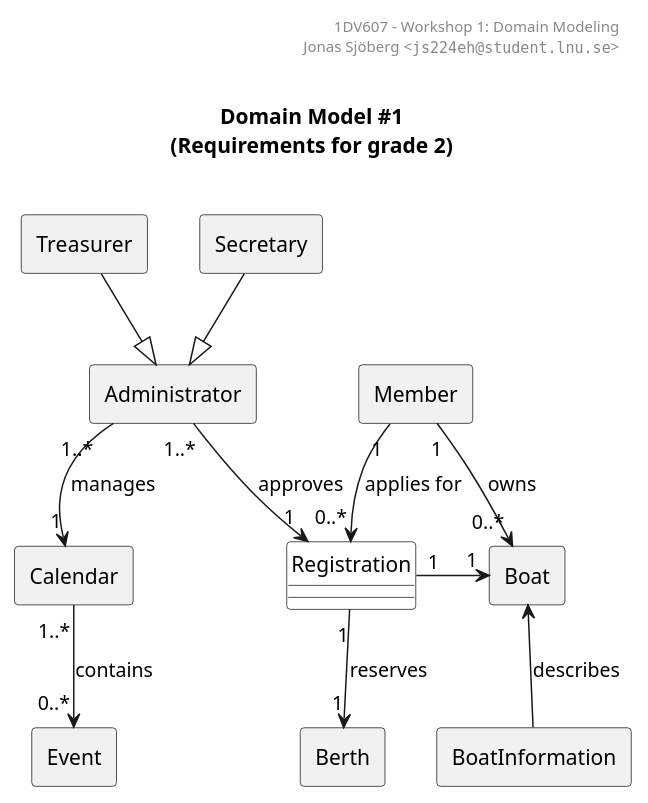
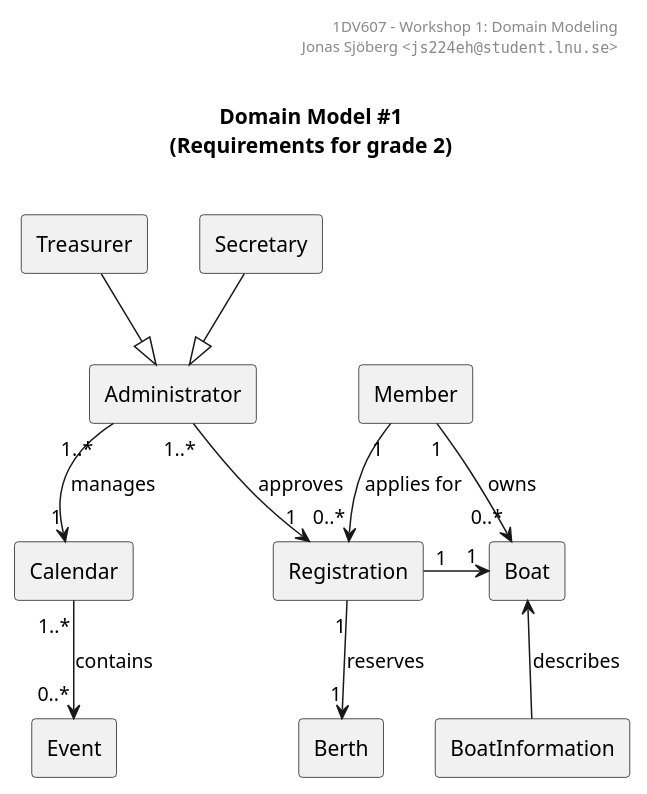
Before and after one commit to jonasjberg/1dv607_workshop1: the diagram in workshop1/uml/domain-model_1.puml, drawn with PlantUML. The commit also changed 6 other files, not shown here.

```diff
--- a/workshop1/uml/domain-model_1.puml
+++ b/workshop1/uml/domain-model_1.puml
@@ -11,53 +11,53 @@
 @startuml
 ' ______________________________________________________________________________
 ' ____ CONFIGURATION OPTIONS ___________________________________________________
 ' debug flag creates a 'svek.dot' and 'svek.svg' file in ~/
 ' !pragma svek_trace on
 allow_mixing
 
 skinparam {
     monochrome true
     'backgroundColor transparent
     classBackgroundColor transparent
     style strictuml
 }
 
 ' ______________________________________________________________________________
 ' ____ USECASE DIAGRAM _________________________________________________________
 
 header
 1DV607 - Workshop 1: Domain Modeling
 Jonas Sjöberg <""js224eh@student.lnu.se"">
 end header
 
 title \nDomain Model #1\n(Requirements for grade 2)\n
 
 agent Administrator
 agent Member
 agent Treasurer
 agent Secretary
 
 agent Berth
 agent Boat
 agent BoatInformation
 agent Calendar
 agent Event
-class Registration
+agent Registration
 
 Treasurer --|> Administrator
 Secretary --|> Administrator
 
 Administrator "1..*" --> "1" Registration : approves
 Administrator "1..*" --> "1" Calendar : manages
 Calendar "1..*" --> "0..*" Event : contains
 
 Member "1" --> "0..*" Registration : applies for
 Member "1" --> "0..*" Boat : owns
 
 Registration "1" -> "1" Boat
 Registration "1" --> "1" Berth : reserves
 
 
 Boat <-- BoatInformation : describes
 
 @enduml
```
